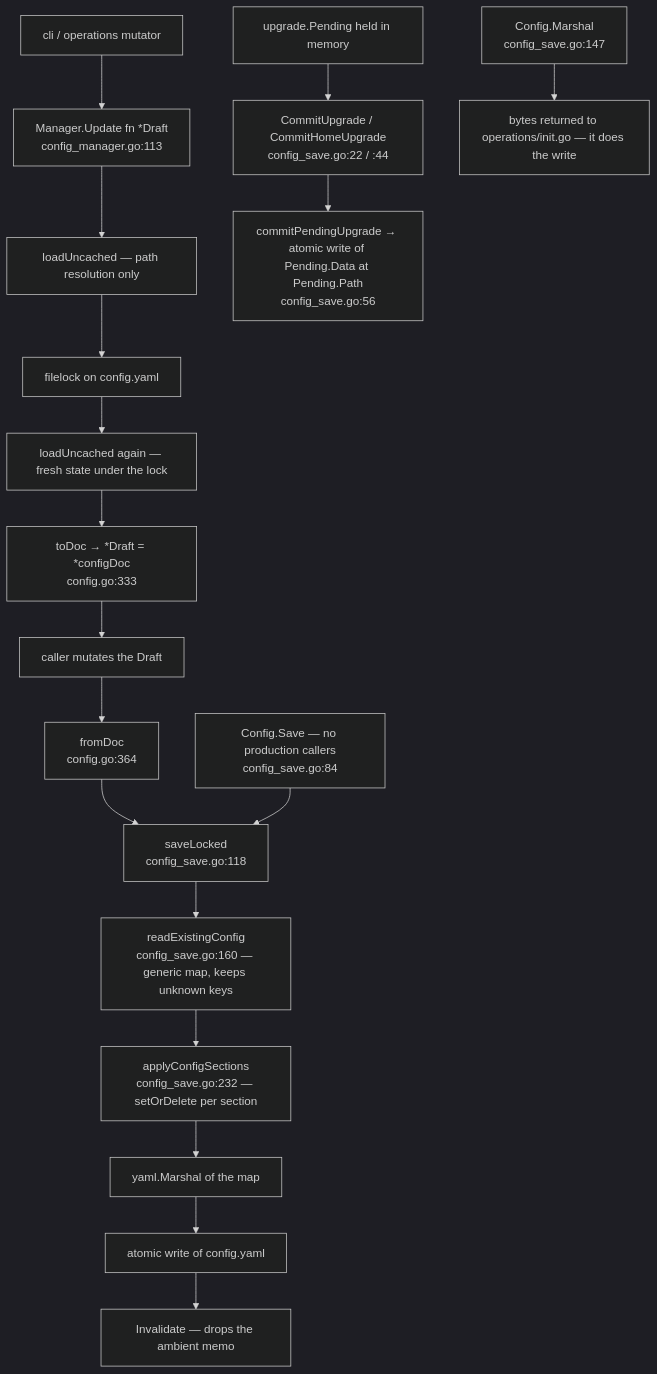
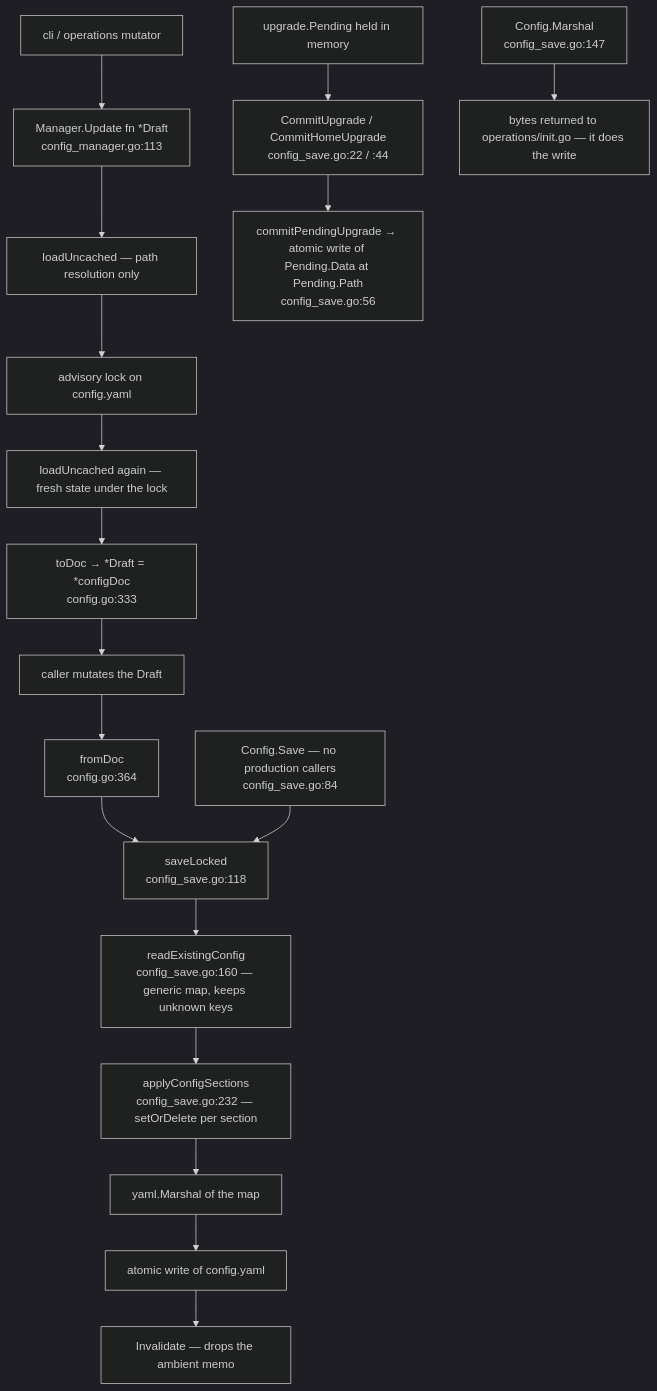
One commit to ctxloom/ctxloom changed the second of 2 diagrams in docs/architecture/core/config.md. Above: the diagram before and after it, drawn with Mermaid (dark theme). The commit also changed 29 other files, not shown here.

````diff
--- a/docs/architecture/core/config.md
+++ b/docs/architecture/core/config.md
@@ -73,24 +73,24 @@
 ```mermaid
 flowchart TD
     CALLER["cli / operations mutator"] --> UPD["Manager.Update fn *Draft<br/>config_manager.go:113"]
     UPD --> P1["loadUncached — path resolution only"]
-    P1 --> LOCK["filelock on config.yaml"]
+    P1 --> LOCK["advisory lock on config.yaml"]
     LOCK --> P2["loadUncached again — fresh state under the lock"]
     P2 --> TODOC["toDoc → *Draft = *configDoc<br/>config.go:333"]
     TODOC --> FN["caller mutates the Draft"]
     FN --> FROMDOC["fromDoc<br/>config.go:364"]
     FROMDOC --> SL["saveLocked<br/>config_save.go:118"]
 
     SAVE["Config.Save — no production callers<br/>config_save.go:84"] --> SL
 
     SL --> REC["readExistingConfig<br/>config_save.go:160 — generic map, keeps unknown keys"]
     REC --> ACS["applyConfigSections<br/>config_save.go:232 — setOrDelete per section"]
     ACS --> MSH["yaml.Marshal of the map"]
     MSH --> ATOM["atomic write of config.yaml"]
     ATOM --> INV["Invalidate — drops the ambient memo"]
 
     PEND["upgrade.Pending held in memory"] --> CU["CommitUpgrade / CommitHomeUpgrade<br/>config_save.go:22 / :44"]
     CU --> CPU["commitPendingUpgrade → atomic write of Pending.Data at Pending.Path<br/>config_save.go:56"]
 
     MRSH["Config.Marshal<br/>config_save.go:147"] --> OPSINIT["bytes returned to operations/init.go — it does the write"]
 ```
````
